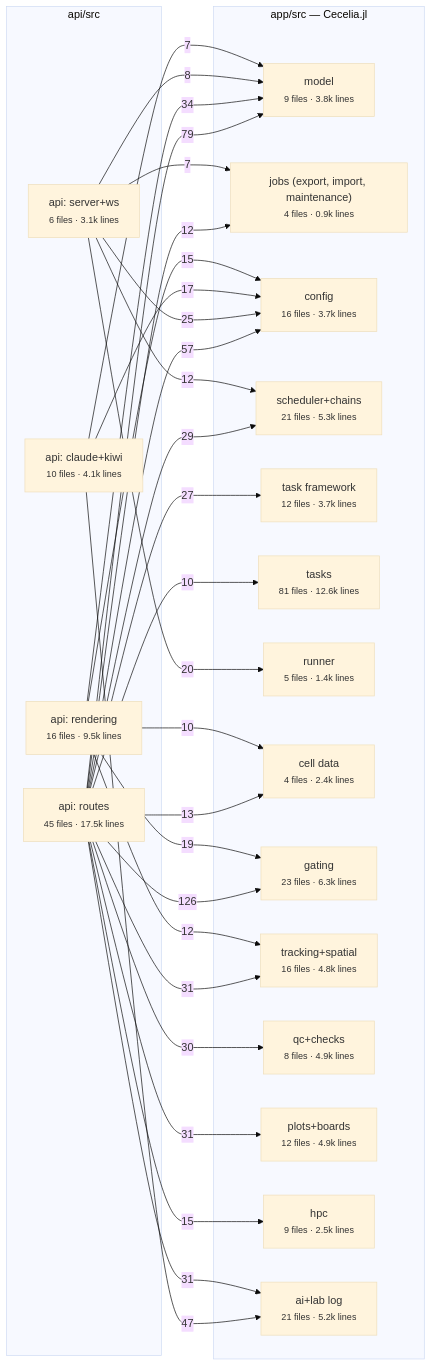
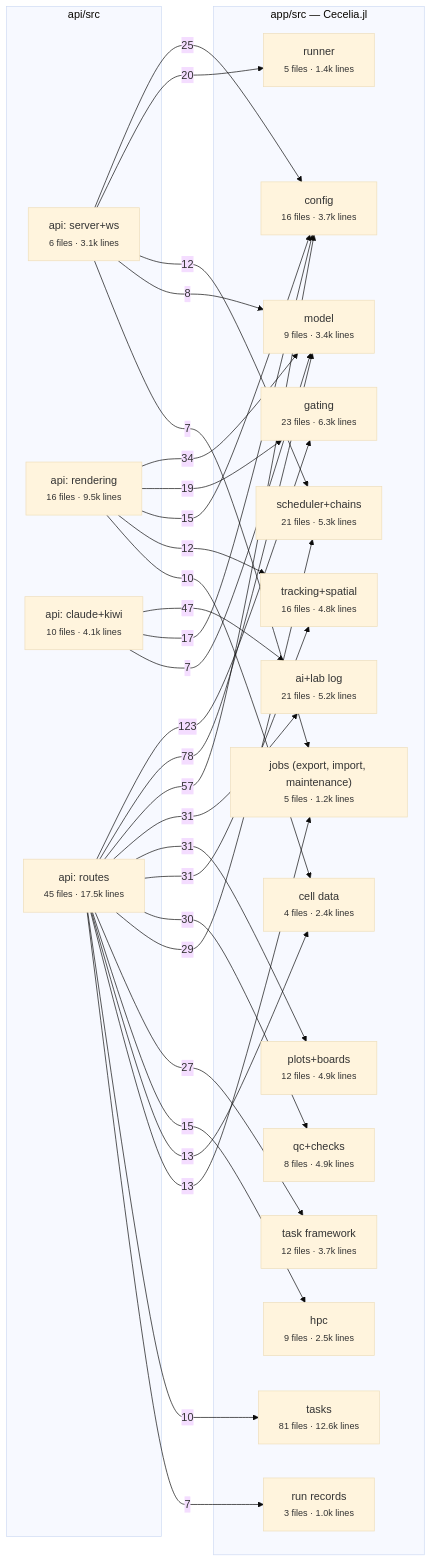
One commit to schienstockd/cecelia changed the second of 2 diagrams in docs/architecture/julia/areas.md. Above: the diagram before and after it, drawn with Mermaid (base theme). The commit also changed other lines of this file and 16 other files, not shown here.

````diff
--- a/docs/architecture/julia/areas.md
+++ b/docs/architecture/julia/areas.md
@@ -66,51 +67,53 @@
 ```mermaid
 flowchart LR
   subgraph API["api/src"]
     api__server_ws["api: server+ws<br/><small>6 files · 3.1k lines</small>"]
     api__rendering["api: rendering<br/><small>16 files · 9.5k lines</small>"]
     api__claude_kiwi["api: claude+kiwi<br/><small>10 files · 4.1k lines</small>"]
     api__routes["api: routes<br/><small>45 files · 17.5k lines</small>"]
   end
   subgraph PKG["app/src — Cecelia.jl"]
-    model["model<br/><small>9 files · 3.8k lines</small>"]
-    jobs__export__import__maintenance_["jobs (export, import, maintenance)<br/><small>4 files · 0.9k lines</small>"]
+    model["model<br/><small>9 files · 3.4k lines</small>"]
+    jobs__export__import__maintenance_["jobs (export, import, maintenance)<br/><small>5 files · 1.2k lines</small>"]
     config["config<br/><small>16 files · 3.7k lines</small>"]
+    run_records["run records<br/><small>3 files · 1.0k lines</small>"]
     scheduler_chains["scheduler+chains<br/><small>21 files · 5.3k lines</small>"]
     task_framework["task framework<br/><small>12 files · 3.7k lines</small>"]
     tasks["tasks<br/><small>81 files · 12.6k lines</small>"]
     runner["runner<br/><small>5 files · 1.4k lines</small>"]
     cell_data["cell data<br/><small>4 files · 2.4k lines</small>"]
     gating["gating<br/><small>23 files · 6.3k lines</small>"]
     tracking_spatial["tracking+spatial<br/><small>16 files · 4.8k lines</small>"]
     qc_checks["qc+checks<br/><small>8 files · 4.9k lines</small>"]
     plots_boards["plots+boards<br/><small>12 files · 4.9k lines</small>"]
     hpc["hpc<br/><small>9 files · 2.5k lines</small>"]
     ai_lab_log["ai+lab log<br/><small>21 files · 5.2k lines</small>"]
   end
-  api__routes -->|126| gating
-  api__routes -->|79| model
+  api__routes -->|123| gating
+  api__routes -->|78| model
   api__routes -->|57| config
   api__claude_kiwi -->|47| ai_lab_log
   api__rendering -->|34| model
   api__routes -->|31| ai_lab_log
   api__routes -->|31| plots_boards
   api__routes -->|31| tracking_spatial
   api__routes -->|30| qc_checks
   api__routes -->|29| scheduler_chains
   api__routes -->|27| task_framework
   api__server_ws -->|25| config
   api__server_ws -->|20| runner
   api__rendering -->|19| gating
   api__claude_kiwi -->|17| config
   api__rendering -->|15| config
   api__routes -->|15| hpc
   api__routes -->|13| cell_data
+  api__routes -->|13| jobs__export__import__maintenance_
   api__rendering -->|12| tracking_spatial
-  api__routes -->|12| jobs__export__import__maintenance_
   api__server_ws -->|12| scheduler_chains
   api__rendering -->|10| cell_data
   api__routes -->|10| tasks
   api__server_ws -->|8| model
   api__claude_kiwi -->|7| model
+  api__routes -->|7| run_records
   api__server_ws -->|7| jobs__export__import__maintenance_
 ```
````
